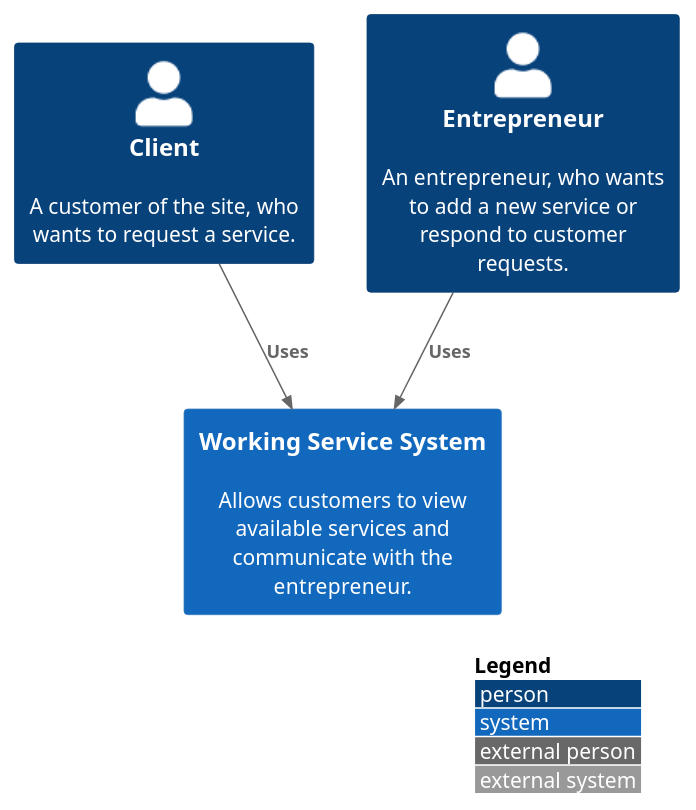
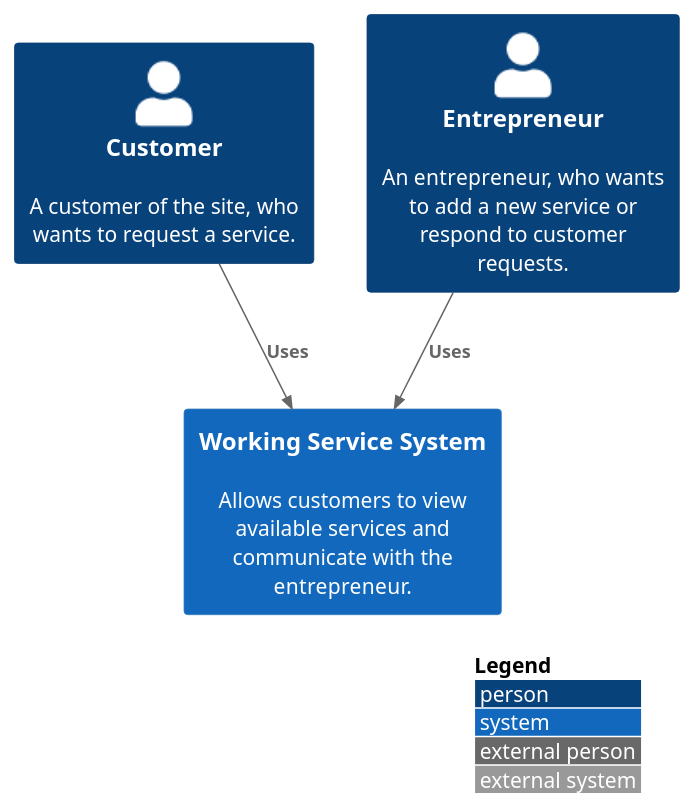
The diagram in c4builder-API-SERVICE/src/context.puml (LeonardoCamilo10/API-SERVICE-BACK-END), drawn with PlantUML before and after one commit. The commit also changed 17 other files, not shown here.

```diff
--- a/c4builder-API-SERVICE/src/context.puml
+++ b/c4builder-API-SERVICE/src/context.puml
@@ -1,13 +1,13 @@
 @startuml
 !include https://raw.githubusercontent.com/adrianvlupu/C4-PlantUML/latest/C4_Context.puml
 
 LAYOUT_WITH_LEGEND()
 
-Person(client, "Client", "A customer of the site, who wants to request a service.")
+Person(client, "Customer", "A customer of the site, who wants to request a service.")
 Person(entrepreneur, "Entrepreneur", "An entrepreneur, who wants to add a new service or respond to customer requests.")
 System(ibs, "Working Service System", "Allows customers to view available services and communicate with the entrepreneur.")
 
 Rel(client, ibs, "Uses")
 Rel(entrepreneur, ibs, "Uses")
 
 @enduml
```
